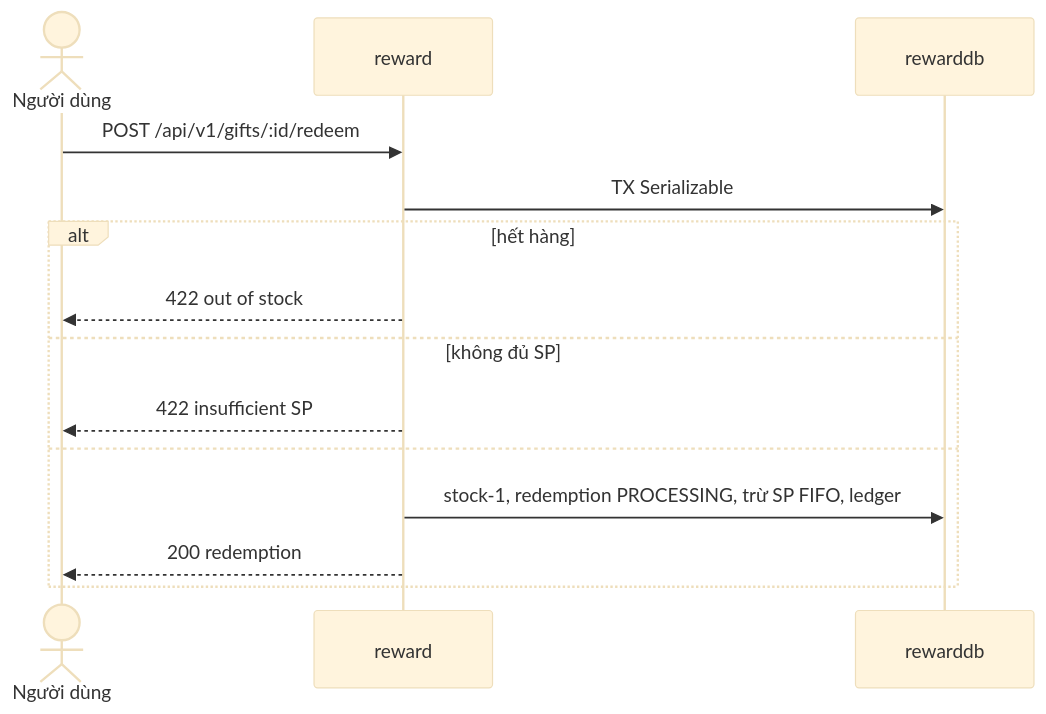
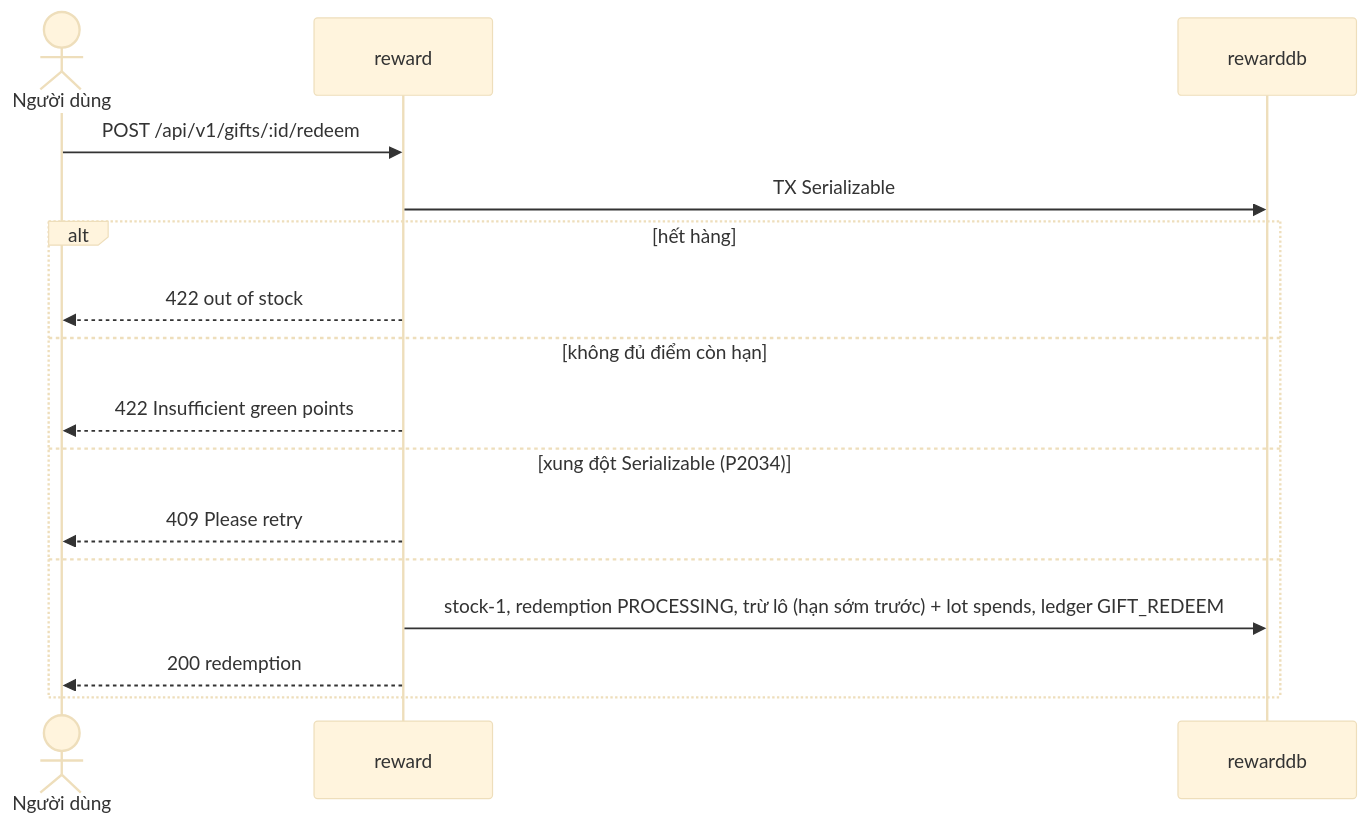
Diagram 26 of 30 in 02-business-flows.md (DOAN2-UQT-KN/ecolink-docs), drawn with Mermaid (base theme) before and after one commit. The commit also changed other lines of this file and 10 other files, not shown here.

Commit message:
docs: green points in expiring lots, remove ranking

````diff
--- a/02-business-flows.md
+++ b/02-business-flows.md
@@ -1133,16 +1129,18 @@
 ```mermaid
 sequenceDiagram
   actor U as Người dùng
   participant RW as reward
   participant DB as rewarddb
   U->>RW: POST /api/v1/gifts/:id/redeem
   RW->>DB: TX Serializable
   alt hết hàng
     RW-->>U: 422 out of stock
-  else không đủ SP
-    RW-->>U: 422 insufficient SP
+  else không đủ điểm còn hạn
+    RW-->>U: 422 Insufficient green points
+  else xung đột Serializable (P2034)
+    RW-->>U: 409 Please retry
   else
-    RW->>DB: stock-1, redemption PROCESSING, trừ SP FIFO, ledger
+    RW->>DB: stock-1, redemption PROCESSING, trừ lô (hạn sớm trước) + lot spends, ledger GIFT_REDEEM
     RW-->>U: 200 redemption
   end
 ```
````
